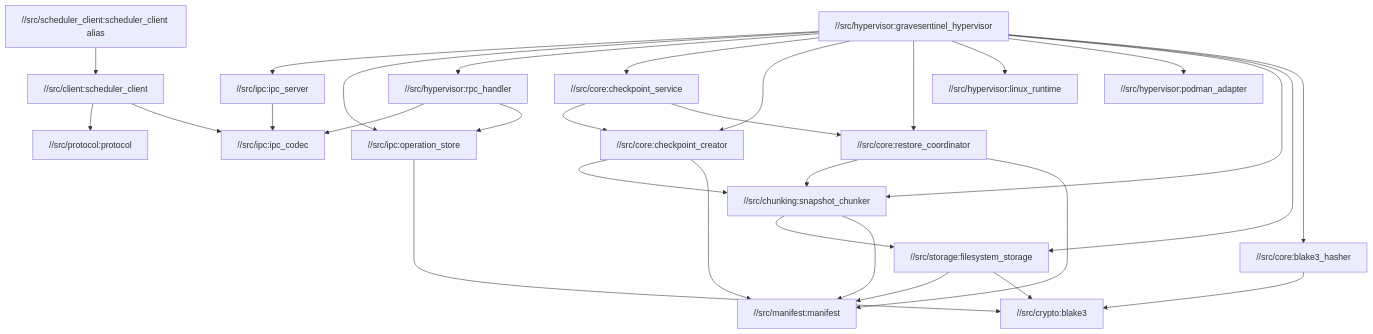
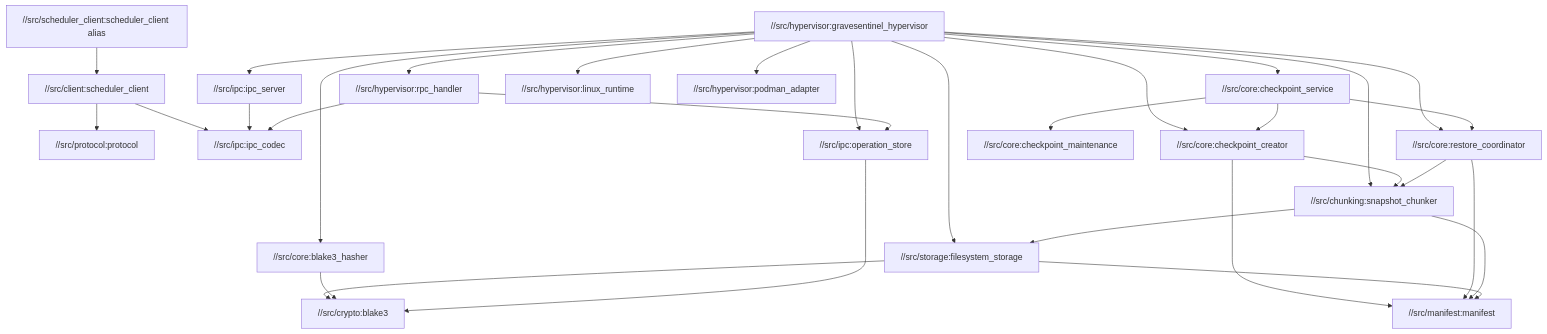
One commit to crystarm/gravesentinel changed the second of 4 diagrams in docs/architecture.md. Above: the diagram before and after it, drawn with Mermaid. The commit also changed other lines of this file and 7 other files, not shown here.

````diff
--- a/docs/architecture.md
+++ b/docs/architecture.md
@@ -98,51 +104,53 @@
 ```mermaid
 flowchart TD
     PublicClient["//src/scheduler_client:scheduler_client alias"]
     Client["//src/client:scheduler_client"]
     Protocol["//src/protocol:protocol"]
     Codec["//src/ipc:ipc_codec"]
     Server["//src/ipc:ipc_server"]
     Store["//src/ipc:operation_store"]
     Binary["//src/hypervisor:gravesentinel_hypervisor"]
     Rpc["//src/hypervisor:rpc_handler"]
     Service["//src/core:checkpoint_service"]
     Creator["//src/core:checkpoint_creator"]
     Restorer["//src/core:restore_coordinator"]
+    Maintenance["//src/core:checkpoint_maintenance"]
     LinuxRuntime["//src/hypervisor:linux_runtime"]
     Podman["//src/hypervisor:podman_adapter"]
     Chunking["//src/chunking:snapshot_chunker"]
     Storage["//src/storage:filesystem_storage"]
     Hasher["//src/core:blake3_hasher"]
     Manifest["//src/manifest:manifest"]
     Crypto["//src/crypto:blake3"]
 
     PublicClient --> Client
     Client --> Protocol
     Client --> Codec
     Binary --> Server
     Binary --> Store
     Binary --> Rpc
     Binary --> Service
     Binary --> Creator
     Binary --> Restorer
     Binary --> LinuxRuntime
     Binary --> Podman
     Binary --> Chunking
     Binary --> Storage
     Binary --> Hasher
     Server --> Codec
     Rpc --> Codec
     Rpc --> Store
     Service --> Creator
     Service --> Restorer
+    Service --> Maintenance
     Creator --> Chunking
     Creator --> Manifest
     Restorer --> Chunking
     Restorer --> Manifest
     Chunking --> Storage
     Chunking --> Manifest
     Storage --> Manifest
     Storage --> Crypto
     Hasher --> Crypto
     Store --> Crypto
 ```
````
